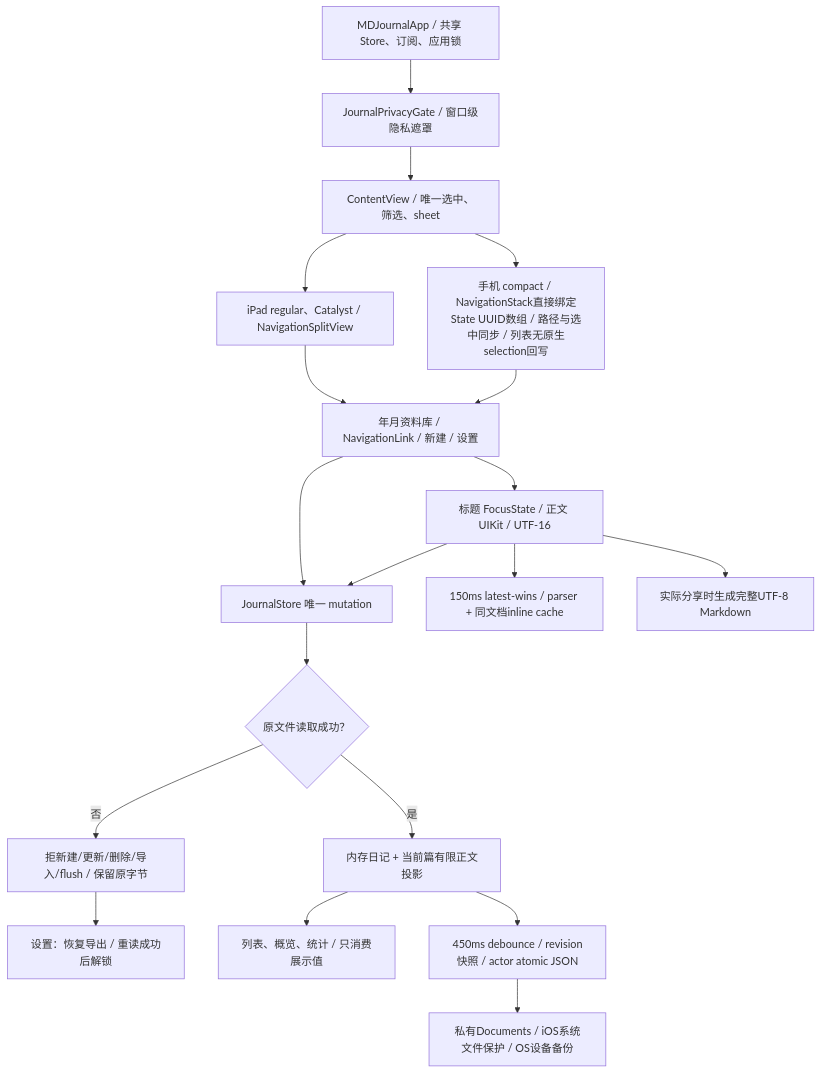
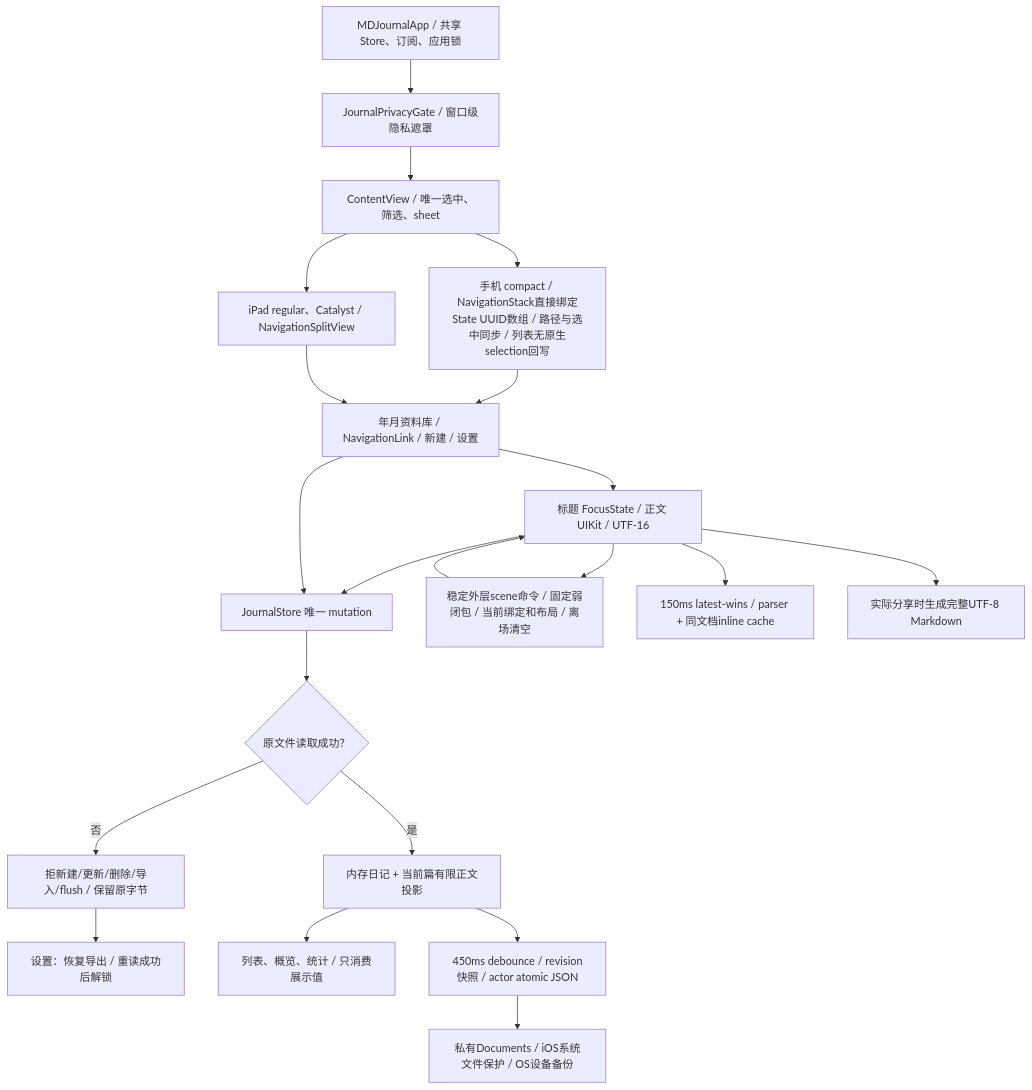
Before and after one commit to Altman-sam114/117: the first of 4 diagrams in md/flow/flowchart.md, drawn with Mermaid. The commit also changed other lines of this file and 8 other files, not shown here.

````diff
--- a/md/flow/flowchart.md
+++ b/md/flow/flowchart.md
@@ -5,21 +5,23 @@
 ```mermaid
 flowchart TD
   App["MDJournalApp / 共享 Store、订阅、应用锁"] --> Gate["JournalPrivacyGate / 窗口级隐私遮罩"]
   Gate --> Content["ContentView / 唯一选中、筛选、sheet"]
   Content --> Compact["手机 compact / NavigationStack直接绑定State UUID数组 / 路径与选中同步 / 列表无原生selection回写"]
   Content --> Regular["iPad regular、Catalyst / NavigationSplitView"]
   Compact --> Library["年月资料库 / NavigationLink / 新建 / 设置"]
   Regular --> Library
   Library --> Editor["标题 FocusState / 正文 UIKit / UTF-16"]
   Editor --> Mutation["JournalStore 唯一 mutation"]
   Library --> Mutation
   Mutation --> Health{"原文件读取成功？"}
   Health -- "否" --> Protect["拒新建/更新/删除/导入/flush / 保留原字节"]
   Protect --> Recovery["设置：恢复导出 / 重读成功后解锁"]
   Health -- "是" --> State["内存日记 + 当前篇有限正文投影"]
   State --> ListStats["列表、概览、统计 / 只消费展示值"]
   State --> Save["450ms debounce / revision快照 / actor atomic JSON"]
   Save --> File["私有Documents / iOS系统文件保护 / OS设备备份"]
+  Editor --> Commands["稳定外层scene命令 / 固定弱闭包 / 当前绑定和布局 / 离场清空"]
+  Commands --> Editor
   Editor --> Preview["150ms latest-wins / parser + 同文档inline cache"]
   Editor --> Share["实际分享时生成完整UTF-8 Markdown"]
 ```
````
